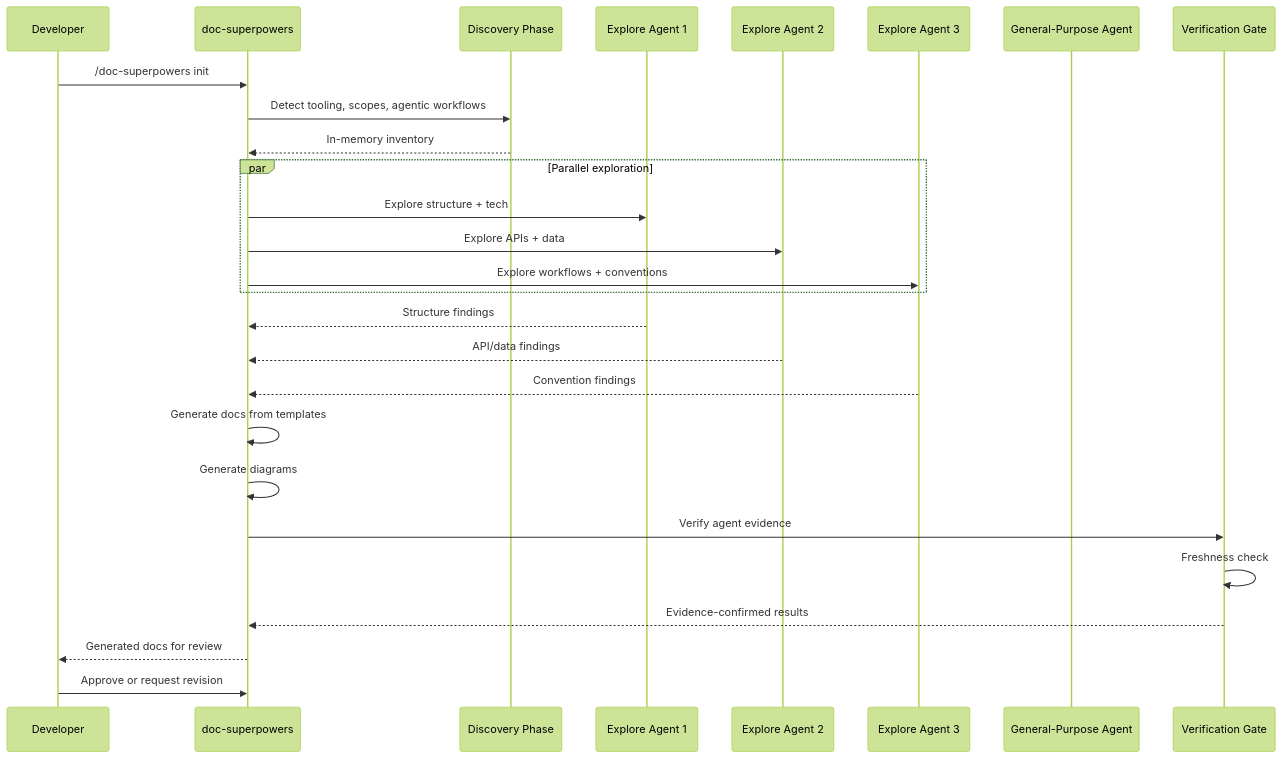
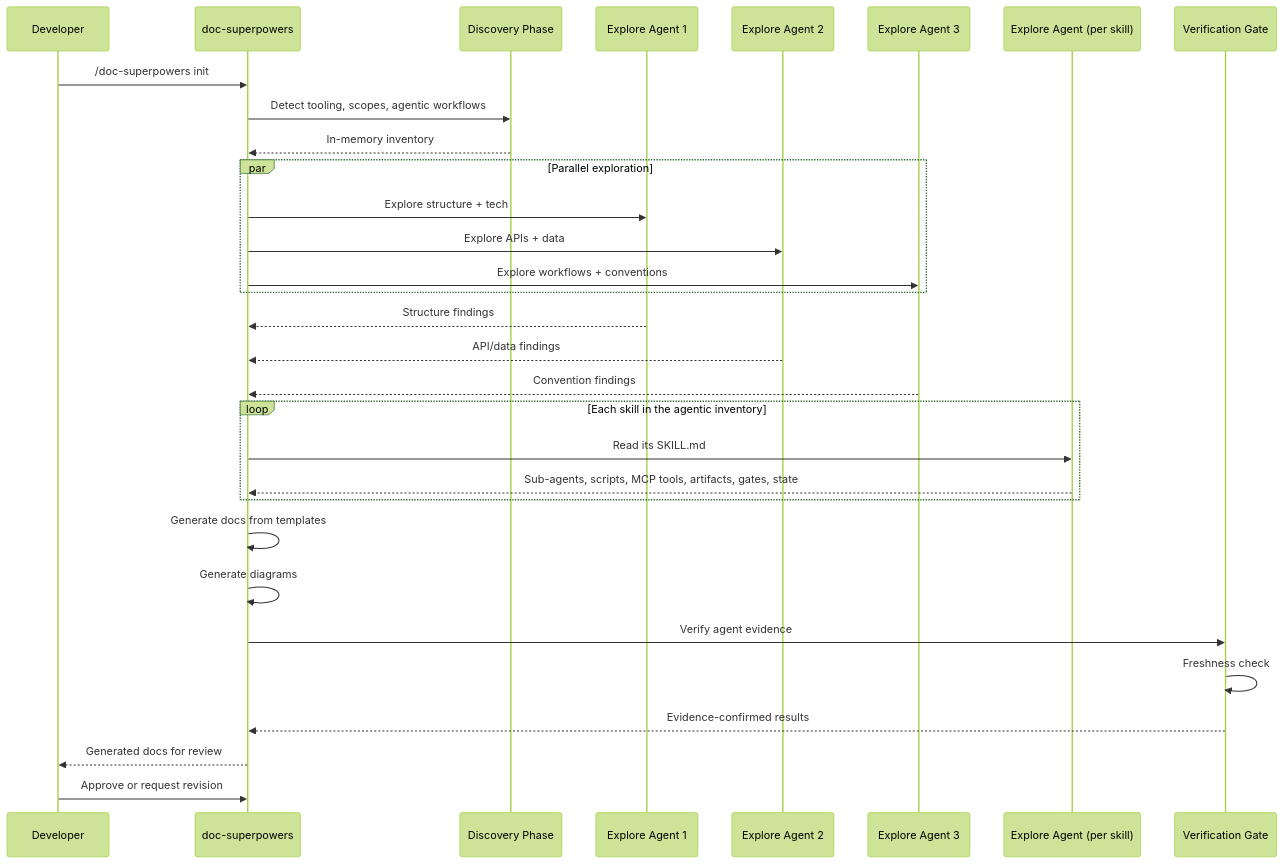
The tenth of 11 diagrams in docs/workflows/doc-superpowers.md (woodrowpearson/doc-superpowers), drawn with Mermaid (forest theme) before and after one commit. The commit also changed other lines of this file, not shown here.

First line of the commit message:
docs(workflows): claims-era flows, artifacts, state, gates (U15, U16)

````diff
--- a/docs/workflows/doc-superpowers.md
+++ b/docs/workflows/doc-superpowers.md
@@ -855,33 +919,38 @@
 ```mermaid
 sequenceDiagram
   participant U as Developer
   participant SK as doc-superpowers
   participant D as Discovery Phase
   participant E1 as Explore Agent 1
   participant E2 as Explore Agent 2
   participant E3 as Explore Agent 3
-  participant GP as General-Purpose Agent
+  participant ES as Explore Agent (per skill)
   participant V as Verification Gate
 
   U->>SK: /doc-superpowers init
   SK->>D: Detect tooling, scopes, agentic workflows
   D-->>SK: In-memory inventory
 
   par Parallel exploration
     SK->>E1: Explore structure + tech
     SK->>E2: Explore APIs + data
     SK->>E3: Explore workflows + conventions
   end
   E1-->>SK: Structure findings
   E2-->>SK: API/data findings
   E3-->>SK: Convention findings
 
+  loop Each skill in the agentic inventory
+    SK->>ES: Read its SKILL.md
+    ES-->>SK: Sub-agents, scripts, MCP tools, artifacts, gates, state
+  end
+
   SK->>SK: Generate docs from templates
   SK->>SK: Generate diagrams
 
   SK->>V: Verify agent evidence
   V->>V: Freshness check
   V-->>SK: Evidence-confirmed results
   SK-->>U: Generated docs for review
   U->>SK: Approve or request revision
 ```
````
